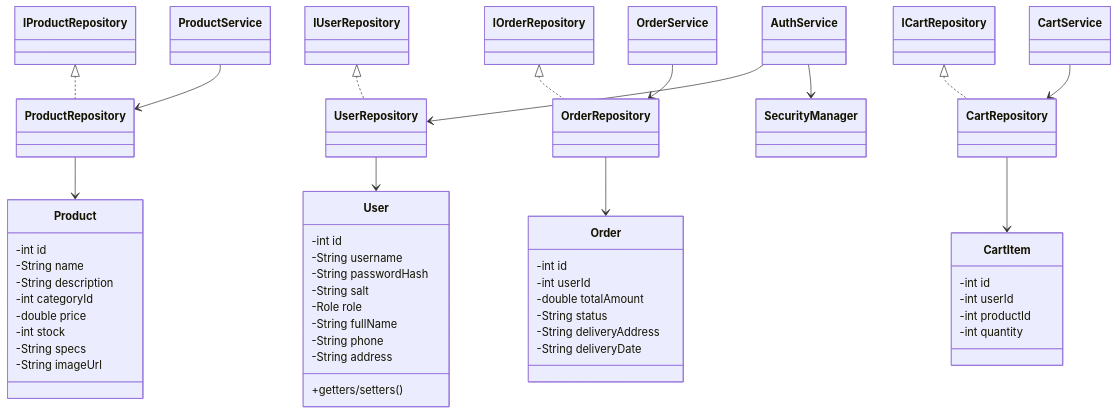
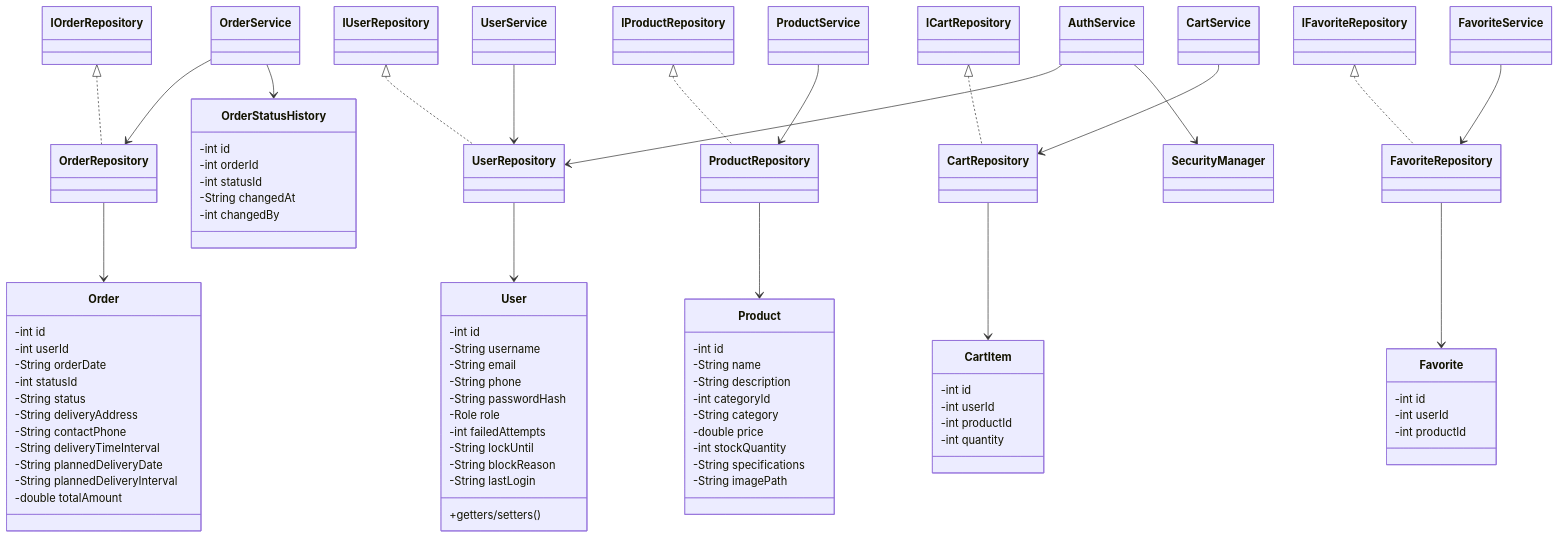
The third of 6 diagrams in docs/ПОЯСНИТЕЛЬНАЯ_ЗАПИСКА.md (MaltsevArseny/Diplom_KST_New), drawn with Mermaid before and after one commit. The commit also changed other lines of this file and 3 other files, not shown here.

````diff
--- a/docs/ПОЯСНИТЕЛЬНАЯ_ЗАПИСКА.md
+++ b/docs/ПОЯСНИТЕЛЬНАЯ_ЗАПИСКА.md
@@ -725,54 +725,79 @@
 ```mermaid
 classDiagram
     class User {
         -int id
         -String username
+        -String email
+        -String phone
         -String passwordHash
-        -String salt
         -Role role
-        -String fullName
-        -String phone
-        -String address
+        -int failedAttempts
+        -String lockUntil
+        -String blockReason
+        -String lastLogin
         +getters/setters()
     }
     class Product {
         -int id
         -String name
         -String description
         -int categoryId
+        -String category
         -double price
-        -int stock
-        -String specs
-        -String imageUrl
+        -int stockQuantity
+        -String specifications
+        -String imagePath
     }
     class Order {
         -int id
         -int userId
-        -double totalAmount
+        -String orderDate
+        -int statusId
         -String status
         -String deliveryAddress
-        -String deliveryDate
+        -String contactPhone
+        -String deliveryTimeInterval
+        -String plannedDeliveryDate
+        -String plannedDeliveryInterval
+        -double totalAmount
     }
     class CartItem {
         -int id
         -int userId
         -int productId
         -int quantity
     }
+    class Favorite {
+        -int id
+        -int userId
+        -int productId
+    }
+    class OrderStatusHistory {
+        -int id
+        -int orderId
+        -int statusId
+        -String changedAt
+        -int changedBy
+    }
 
     IUserRepository <|.. UserRepository
     IProductRepository <|.. ProductRepository
     IOrderRepository <|.. OrderRepository
     ICartRepository <|.. CartRepository
+    IFavoriteRepository <|.. FavoriteRepository
 
     UserRepository --> User
     ProductRepository --> Product
     OrderRepository --> Order
     CartRepository --> CartItem
+    FavoriteRepository --> Favorite
 
     AuthService --> UserRepository
     AuthService --> SecurityManager
     CartService --> CartRepository
+    FavoriteService --> FavoriteRepository
     OrderService --> OrderRepository
     ProductService --> ProductRepository
+    UserService --> UserRepository
+    OrderService --> OrderStatusHistory
 ```
````
